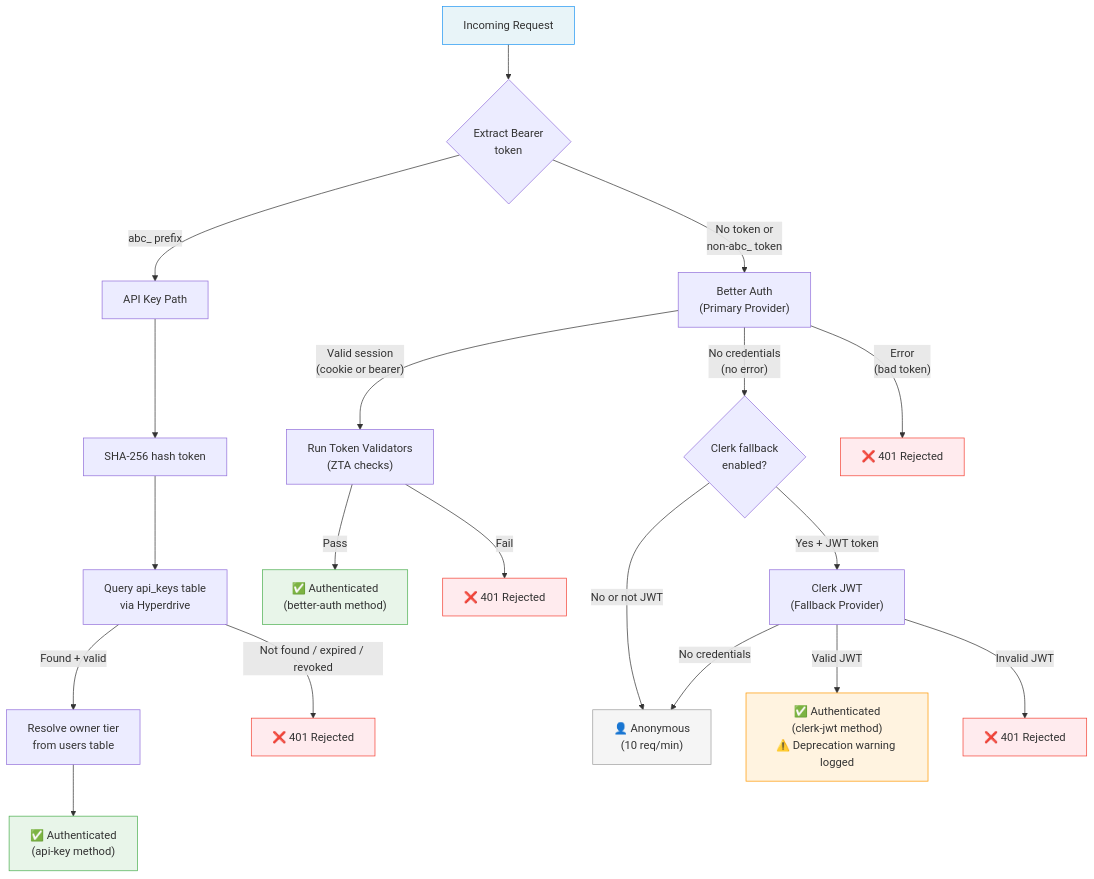
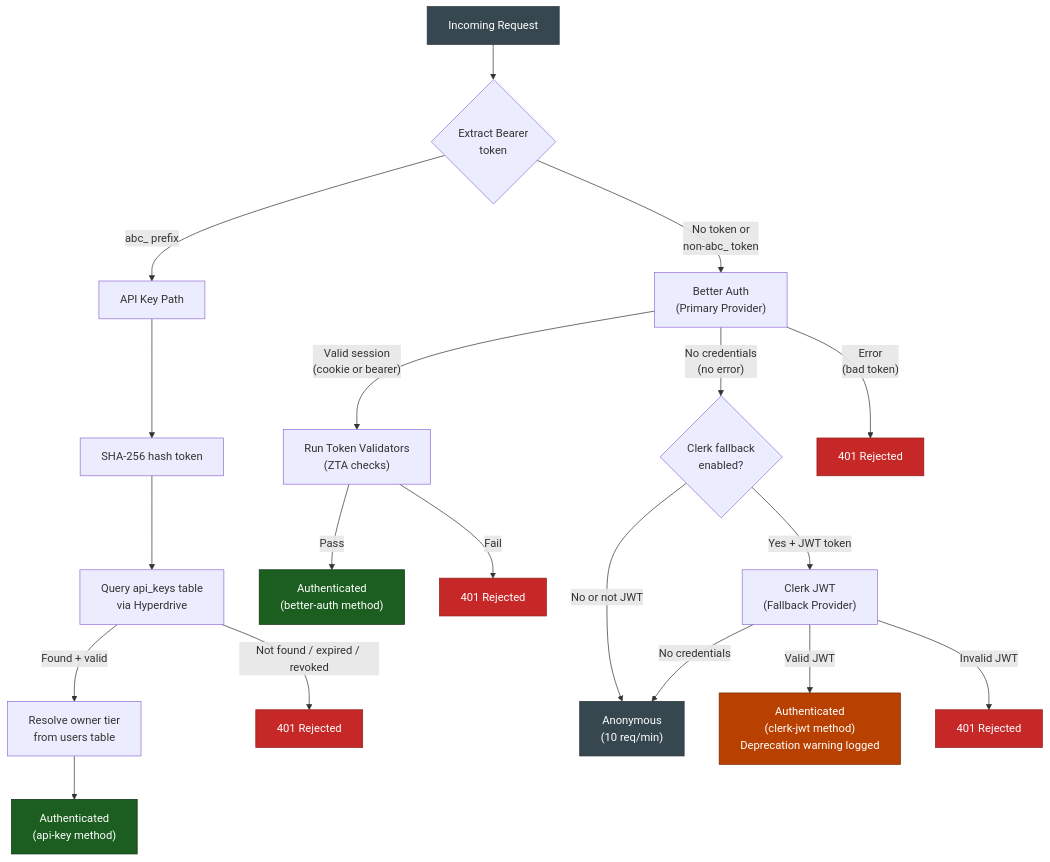
The first of 3 diagrams in docs/auth/auth-chain-reference.md (jaypatrick/adblock-compiler), drawn with Mermaid before and after one commit. The commit also changed other lines of this file and 6 other files, not shown here.

First line of the commit message:
fix: Mermaid diagram errors, dark theme compatibility, and mdhelp scroll reset (#1540)

````diff
--- a/docs/auth/auth-chain-reference.md
+++ b/docs/auth/auth-chain-reference.md
@@ -44,37 +44,37 @@
 ```mermaid
 flowchart TD
     REQ["Incoming Request"] --> TOKEN{"Extract Bearer<br/>token"}
 
     TOKEN -->|"abc_ prefix"| APIKEY["API Key Path"]
     TOKEN -->|"No token or<br/>non-abc_ token"| BA["Better Auth<br/>(Primary Provider)"]
 
     APIKEY --> HASH["SHA-256 hash token"]
     HASH --> LOOKUP["Query api_keys table<br/>via Hyperdrive"]
     LOOKUP -->|"Found + valid"| TIER["Resolve owner tier<br/>from users table"]
-    TIER --> AUTH_OK["✅ Authenticated<br/>(api-key method)"]
-    LOOKUP -->|"Not found / expired / revoked"| REJECT["❌ 401 Rejected"]
+    TIER --> AUTH_OK["Authenticated<br/>(api-key method)"]
+    LOOKUP -->|"Not found / expired / revoked"| REJECT["401 Rejected"]
 
     BA -->|"Valid session<br/>(cookie or bearer)"| ZTA["Run Token Validators<br/>(ZTA checks)"]
-    ZTA -->|"Pass"| BA_OK["✅ Authenticated<br/>(better-auth method)"]
-    ZTA -->|"Fail"| REJECT2["❌ 401 Rejected"]
+    ZTA -->|"Pass"| BA_OK["Authenticated<br/>(better-auth method)"]
+    ZTA -->|"Fail"| REJECT2["401 Rejected"]
 
     BA -->|"No credentials<br/>(no error)"| CLERK_CHECK{"Clerk fallback<br/>enabled?"}
-    BA -->|"Error<br/>(bad token)"| REJECT3["❌ 401 Rejected"]
+    BA -->|"Error<br/>(bad token)"| REJECT3["401 Rejected"]
 
     CLERK_CHECK -->|"Yes + JWT token"| CLERK["Clerk JWT<br/>(Fallback Provider)"]
-    CLERK_CHECK -->|"No or not JWT"| ANON["👤 Anonymous<br/>(10 req/min)"]
+    CLERK_CHECK -->|"No or not JWT"| ANON["Anonymous<br/>(10 req/min)"]
 
-    CLERK -->|"Valid JWT"| CLERK_OK["✅ Authenticated<br/>(clerk-jwt method)<br/>⚠️ Deprecation warning logged"]
-    CLERK -->|"Invalid JWT"| REJECT4["❌ 401 Rejected"]
+    CLERK -->|"Valid JWT"| CLERK_OK["Authenticated<br/>(clerk-jwt method)<br/>Deprecation warning logged"]
+    CLERK -->|"Invalid JWT"| REJECT4["401 Rejected"]
     CLERK -->|"No credentials"| ANON
 
-    style REQ fill:#e8f4f8,stroke:#2196F3
-    style AUTH_OK fill:#e8f5e9,stroke:#4CAF50
-    style BA_OK fill:#e8f5e9,stroke:#4CAF50
-    style CLERK_OK fill:#fff3e0,stroke:#FF9800
-    style ANON fill:#f5f5f5,stroke:#9E9E9E
-    style REJECT fill:#ffebee,stroke:#F44336
-    style REJECT2 fill:#ffebee,stroke:#F44336
-    style REJECT3 fill:#ffebee,stroke:#F44336
-    style REJECT4 fill:#ffebee,stroke:#F44336
+    style REQ fill:#37474f,stroke:#263238,color:#fff
+    style AUTH_OK fill:#1b5e20,stroke:#0a3010,color:#fff
+    style BA_OK fill:#1b5e20,stroke:#0a3010,color:#fff
+    style CLERK_OK fill:#b84000,stroke:#7a2900,color:#fff
+    style ANON fill:#37474f,stroke:#263238,color:#fff
+    style REJECT fill:#c62828,stroke:#8e1c1c,color:#fff
+    style REJECT2 fill:#c62828,stroke:#8e1c1c,color:#fff
+    style REJECT3 fill:#c62828,stroke:#8e1c1c,color:#fff
+    style REJECT4 fill:#c62828,stroke:#8e1c1c,color:#fff
 ```
````
